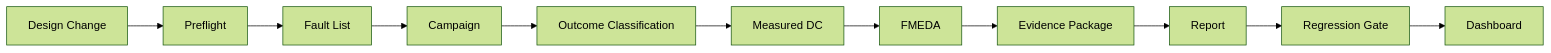
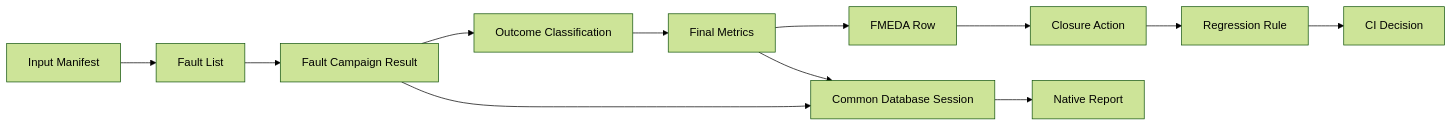
Before and after one commit to qiqixixi1001/automotive-safeic-practice: the second of 4 diagrams in articles/19_automotive_safeic_practice_d19_github_en_ci_automation.md, drawn with Mermaid (forest theme). The commit also changed other lines of this file, not shown here.

````diff
--- a/articles/19_automotive_safeic_practice_d19_github_en_ci_automation.md
+++ b/articles/19_automotive_safeic_practice_d19_github_en_ci_automation.md
@@ -198,13 +124,14 @@
 ```mermaid
 flowchart LR
-    A[Design Change] --> B[Preflight]
-    B --> C[Fault List]
-    C --> D[Campaign]
-    D --> E[Outcome Classification]
-    E --> F[Measured DC]
-    F --> G[FMEDA]
-    G --> H[Evidence Package]
-    H --> I[Report]
-    I --> J[Regression Gate]
-    J --> K[Dashboard]
+    A[Input Manifest] --> B[Fault List]
+    B --> C[Fault Campaign Result]
+    C --> D[Outcome Classification]
+    D --> E[Final Metrics]
+    E --> F[FMEDA Row]
+    F --> G[Closure Action]
+    G --> H[Regression Rule]
+    H --> I[CI Decision]
+    E --> J[Common Database Session]
+    C --> J
+    J --> K[Native Report]
 ```
````
